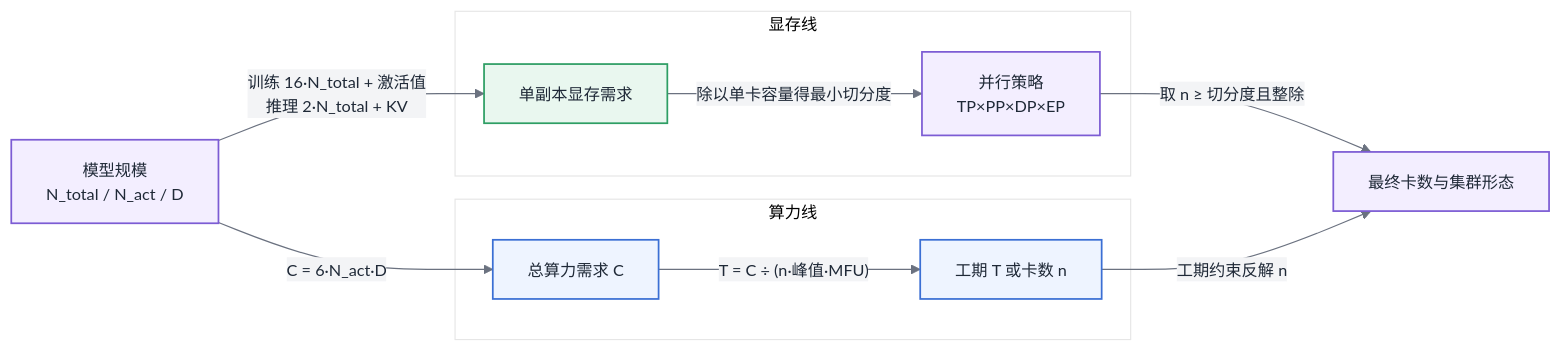
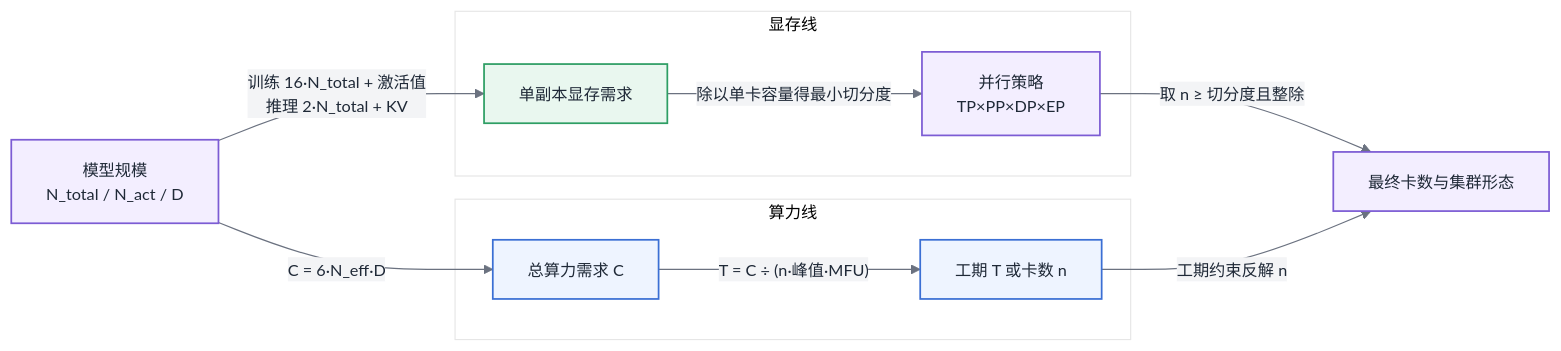
One commit to cdavid817/AI-Infra changed the first of 2 diagrams in 第一部分-基础与心智模型/第06章-模型结构的定量分析.md. Above: the diagram before and after it, drawn with Mermaid. The commit also changed other lines of this file and 1 other file, not shown here.

````diff
--- a/第一部分-基础与心智模型/第06章-模型结构的定量分析.md
+++ b/第一部分-基础与心智模型/第06章-模型结构的定量分析.md
@@ -211,27 +211,27 @@
 ```mermaid
 %%{init: {'theme':'base','themeVariables':{
   'primaryColor':'#EEF4FF','primaryBorderColor':'#3B6FD4','primaryTextColor':'#1F2937',
   'secondaryColor':'#F3F4F6','tertiaryColor':'#FFFFFF',
   'lineColor':'#6B7280','fontFamily':'-apple-system, Segoe UI, Helvetica, Arial, sans-serif','fontSize':'14px'
 }}}%%
 flowchart LR
   classDef compute fill:#EEF4FF,stroke:#3B6FD4,stroke-width:1.5px,color:#1F2937
   classDef mem fill:#E9F7EF,stroke:#2E9E64,stroke-width:1.5px,color:#1F2937
   classDef ctrl fill:#F3EEFF,stroke:#7C5CD4,stroke-width:1.5px,color:#1F2937
   N["模型规模<br/>N_total / N_act / D"]:::ctrl
   subgraph 算力线
     C["总算力需求 C"]:::compute
     Tm["工期 T 或卡数 n"]:::compute
   end
   subgraph 显存线
     M["单副本显存需求"]:::mem
     P["并行策略<br/>TP×PP×DP×EP"]:::ctrl
   end
   K["最终卡数与集群形态"]:::ctrl
-  N -->|"C = 6·N_act·D"| C
+  N -->|"C = 6·N_eff·D"| C
   C -->|"T = C ÷ (n·峰值·MFU)"| Tm
   N -->|"训练 16·N_total + 激活值<br/>推理 2·N_total + KV"| M
   M -->|"除以单卡容量得最小切分度"| P
   P -->|"取 n ≥ 切分度且整除"| K
   Tm -->|"工期约束反解 n"| K
 ```
````
